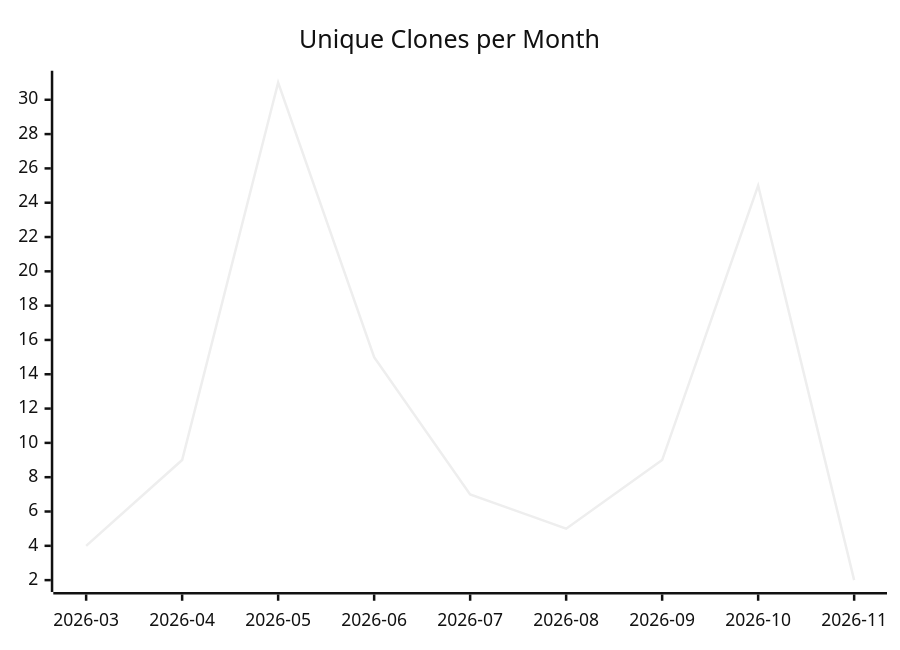
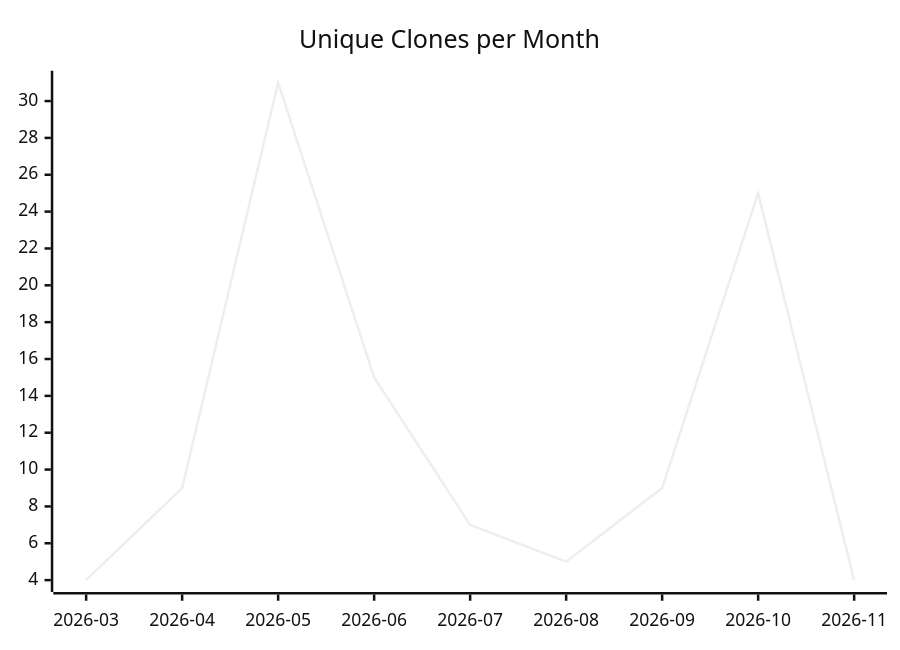
Before and after one commit to justdavis-family/github-analytics-data: the third of 3 diagrams in karlmdavis/ansible-role-rcm-dotfiles/README.md, drawn with Mermaid (neutral theme). The commit also changed other lines of this file and 188 other files, not shown here.

````diff
--- a/karlmdavis/ansible-role-rcm-dotfiles/README.md
+++ b/karlmdavis/ansible-role-rcm-dotfiles/README.md
@@ -19,6 +19,6 @@
 ```mermaid
 xychart-beta
   title "Unique Clones per Month"
   x-axis ["2026-03", "2026-04", "2026-05", "2026-06", "2026-07", "2026-08", "2026-09", "2026-10", "2026-11"]
-  line [4, 9, 31, 15, 7, 5, 9, 25, 2]
+  line [4, 9, 31, 15, 7, 5, 9, 25, 4]
 ```
````
